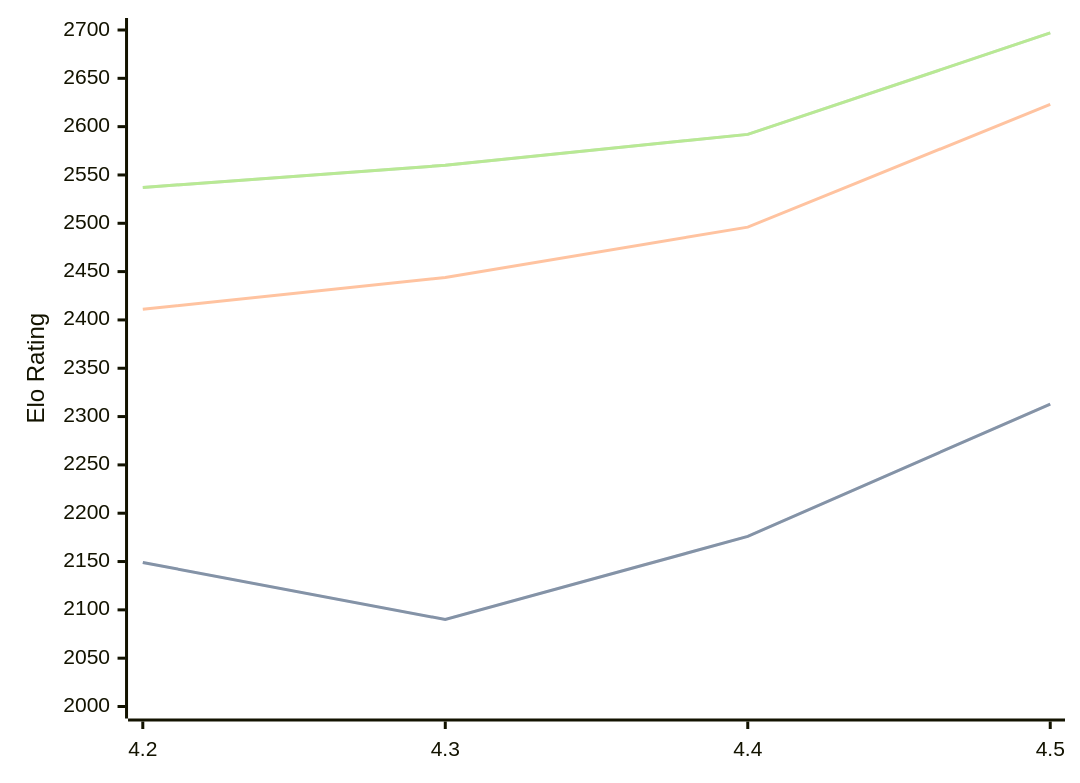
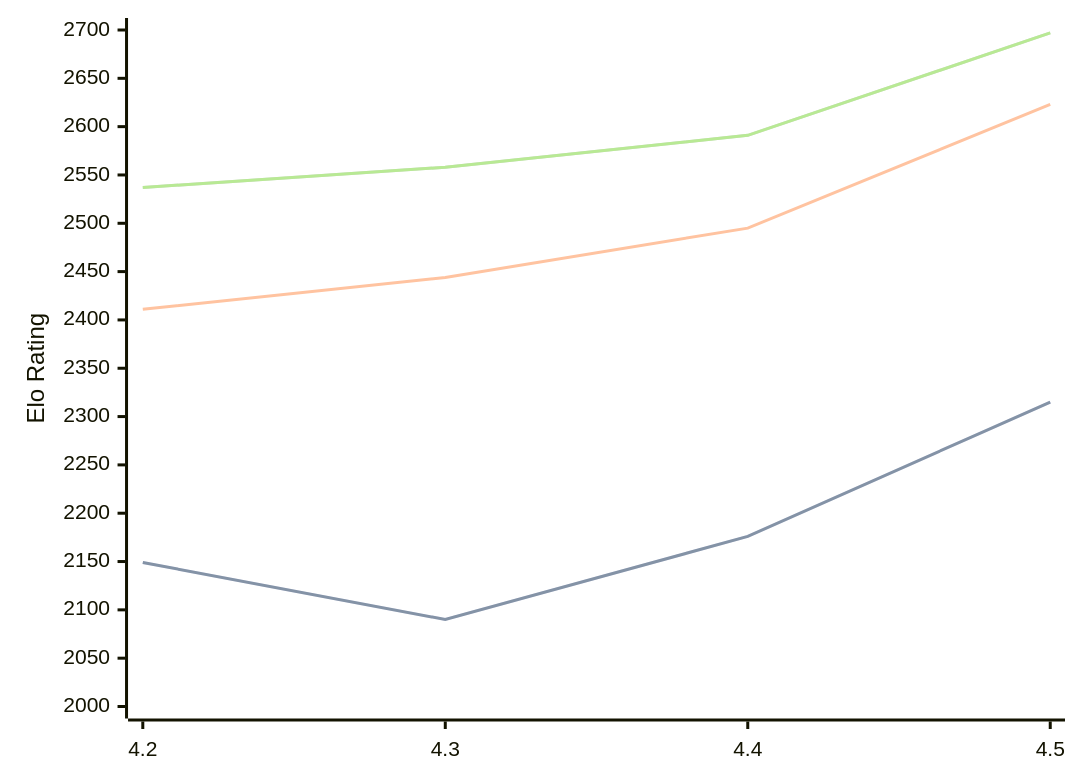
Before and after one commit to computer-chess-index/cci: the diagram in engines/Eubos.md, drawn with Mermaid. The commit also changed other lines of this file, not shown here.

Commit message:
Update CCI Ratings (ELO VLTC) - 2026-07-28

````diff
--- a/engines/Eubos.md
+++ b/engines/Eubos.md
@@ -90,11 +90,11 @@
 ```mermaid
 %%{init: {"theme":"base","themeVariables":{"seriesColors:['#a3a3a3','#222221','#faa371']}}}%%
 xychart-beta
   x-axis ["4.2", "4.3", "4.4", "4.5"]
   y-axis "Elo Rating" 2000 --> 2700
-  line "STC (8.0+0.08s)" [2149, 2090, 2176, 2313]
-  line "STC (8.0+0.08s)" [2149, 2090, 2176, 2313]
-  line "LTC (60.0+0.60s)" [2411, 2444, 2496, 2623]
-  line "VLTC (2m24s+1.12s)" [2537, 2560, 2592, 2697]
-  line "VLTC (2m24s+1.12s)" [2537, 2560, 2592, 2697]
+  line "STC (8.0+0.08s)" [2149, 2090, 2176, 2315]
+  line "STC (8.0+0.08s)" [2149, 2090, 2176, 2315]
+  line "LTC (60.0+0.60s)" [2411, 2444, 2495, 2623]
+  line "VLTC (2m24s+1.12s)" [2537, 2558, 2591, 2697]
+  line "VLTC (2m24s+1.12s)" [2537, 2558, 2591, 2697]
 ```
````
